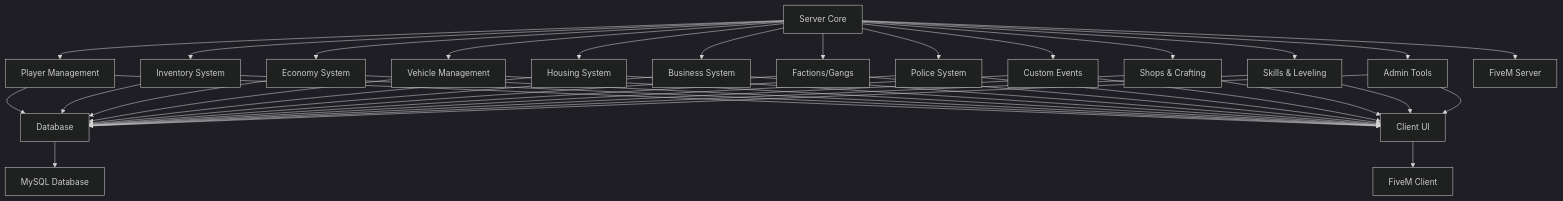
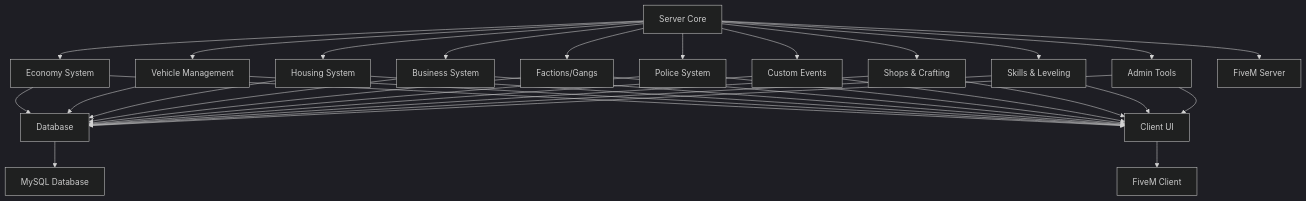
One commit to urmoit/CYV-RP changed the diagram in plans/roadmap.md. Above: the diagram before and after it, drawn with Mermaid (dark theme). The commit also changed other lines of this file and 1 other file, not shown here.

Commit message:
Refine README and roadmap documentation. Updated README to simplify roadmap reference and reorganized core components in the roadmap for clarity. Removed player management section and adjusted the diagram to reflect the new structure.

````diff
--- a/plans/roadmap.md
+++ b/plans/roadmap.md
@@ -78,45 +68,39 @@
 ```mermaid
 graph TD
-    A[Player Management] --> B[Database]
-    C[Inventory System] --> B
-    D[Economy System] --> B
+    D[Economy System] --> B[Database]
     E[Vehicle Management] --> B
     F[Housing System] --> B
     F2[Business System] --> B
     G[Factions/Gangs] --> B
     H[Police System] --> B
     I[Custom Events] --> B
     J[Shops & Crafting] --> B
     K[Skills & Leveling] --> B
     L[Admin Tools] --> B
 
-    A --> M[Client UI]
-    C --> M
-    D --> M
+    D --> M[Client UI]
     E --> M
     F --> M
     F2 --> M
     G --> M
     H --> M
     I --> M
     J --> M
     K --> M
     L --> M
 
-    N[Server Core] --> A
-    N --> C
-    N --> D
+    N[Server Core] --> D
     N --> E
     N --> F
     N --> F2
     N --> G
     N --> H
     N --> I
     N --> J
     N --> K
     N --> L
 
     B --> O[MySQL Database]
     M --> P[FiveM Client]
     N --> Q[FiveM Server]
 ```
````
